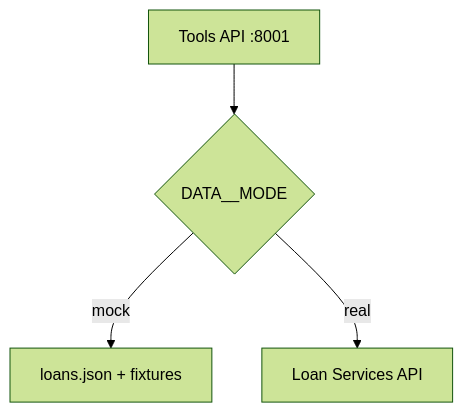
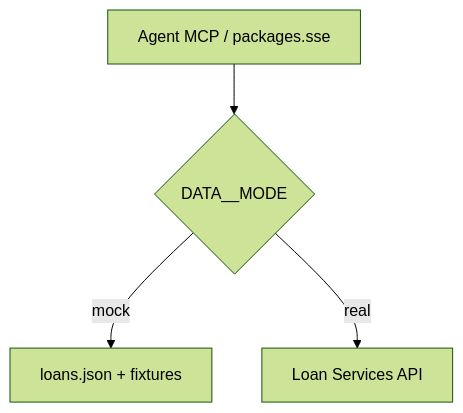
Before and after one commit to mohit-bohra-dev/LoanOps-Agent: the fifth of 5 diagrams in presentations/demo-pitch/slides.md, drawn with Mermaid (forest theme). The commit also changed other lines of this file and 28 other files, not shown here.

First line of the commit message:
chore: remove tools_api; document SSE-only answer path

````diff
--- a/presentations/demo-pitch/slides.md
+++ b/presentations/demo-pitch/slides.md
@@ -249,6 +249,6 @@
 ```mermaid
 flowchart TB
-    T["Tools API :8001"] --> M{"DATA__MODE"}
+    T["Agent MCP / packages.sse"] --> M{"DATA__MODE"}
     M -->|mock| J["loans.json + fixtures"]
     M -->|real| API["Loan Services API"]
 ```
````
